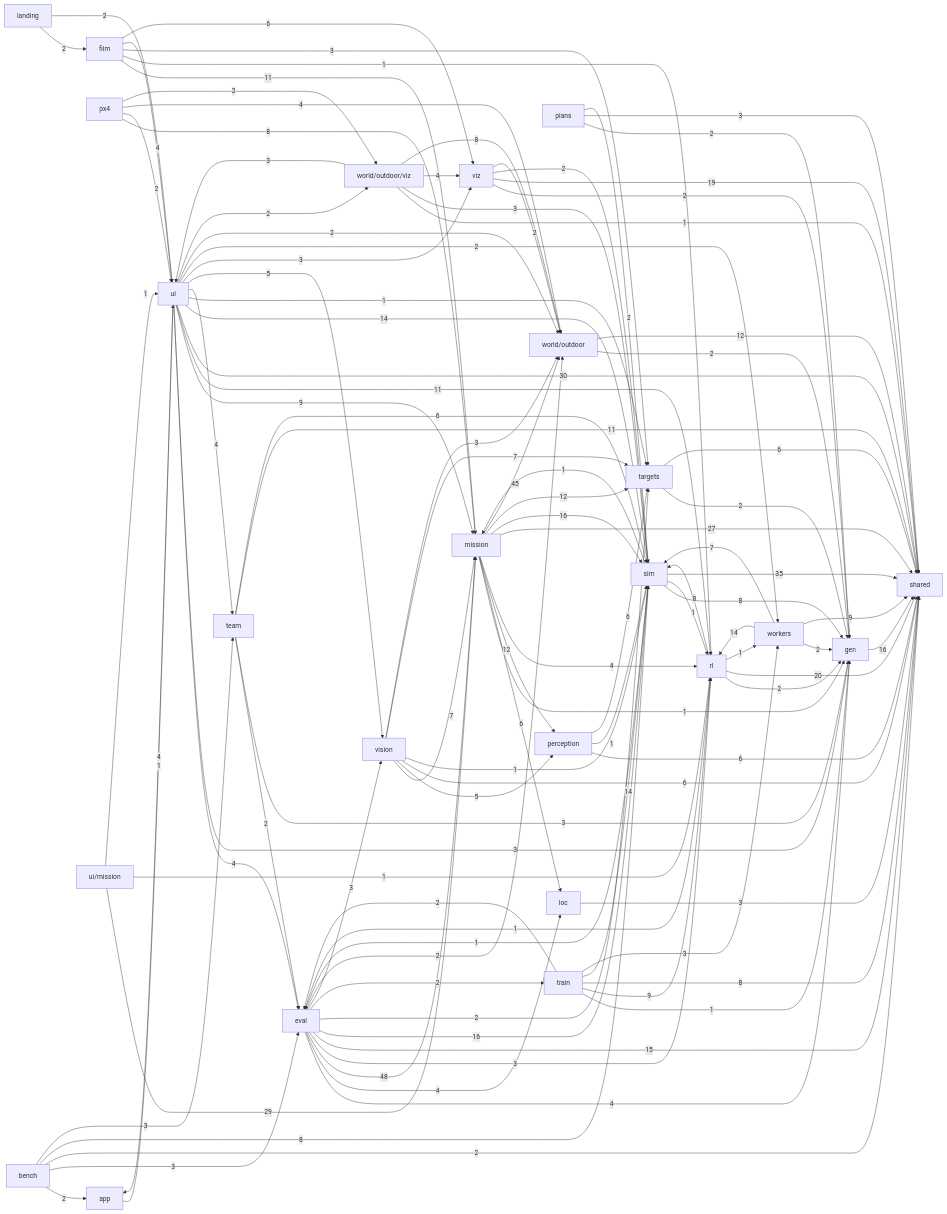
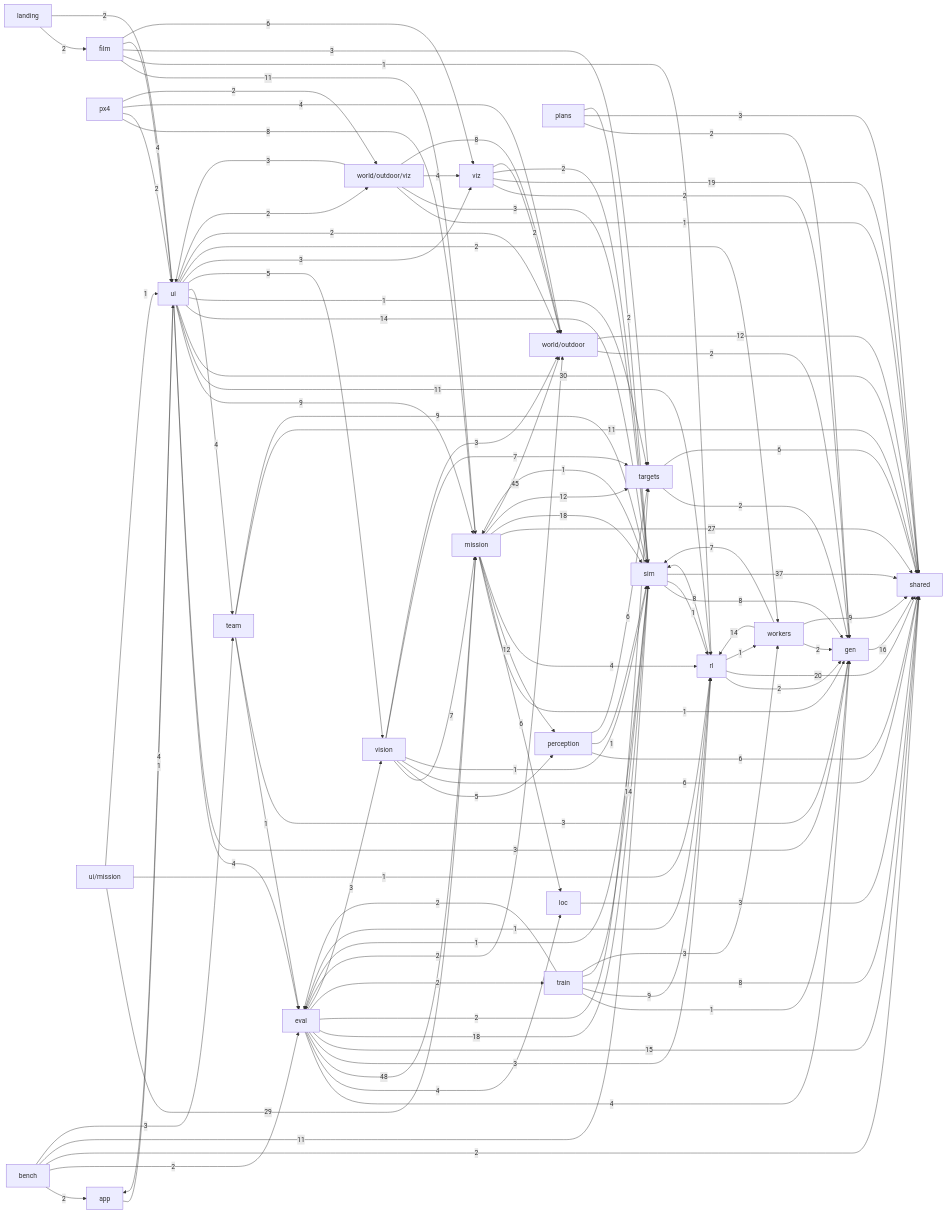
One commit to alexnieves-cs/frontier-fly changed the second of 2 diagrams in docs/ARCHITECTURE.md. Above: the diagram before and after it, drawn with Mermaid. The commit also changed other lines of this file and 21 other files, not shown here.

```diff
--- a/docs/ARCHITECTURE.md
+++ b/docs/ARCHITECTURE.md
@@ -102,16 +102,16 @@
   world_outdoor_viz["world/outdoor/viz"]
   app -->|1| ui
   bench -->|2| app
-  bench -->|3| eval
+  bench -->|2| eval
   bench -->|2| shared
-  bench -->|8| sim
+  bench -->|11| sim
   bench -->|3| team
   eval -->|4| gen
   eval -->|4| loc
   eval -->|48| mission
   eval -->|3| rl
   eval -->|15| shared
-  eval -->|16| sim
+  eval -->|18| sim
   eval -->|2| targets
   eval -->|2| train
   eval -->|3| vision
@@ -130,7 +130,7 @@
   mission -->|12| perception
   mission -->|4| rl
   mission -->|27| shared
-  mission -->|16| sim
+  mission -->|18| sim
   mission -->|12| targets
   mission -->|45| world_outdoor
   perception -->|6| shared
@@ -152,13 +152,13 @@
   sim -->|8| gen
   sim -->|1| mission
   sim -->|1| rl
-  sim -->|35| shared
+  sim -->|37| shared
   targets -->|2| gen
   targets -->|6| shared
-  team -->|2| eval
+  team -->|1| eval
   team -->|3| gen
   team -->|11| shared
-  team -->|6| sim
+  team -->|9| sim
   train -->|2| eval
   train -->|1| gen
   train -->|9| rl
```
